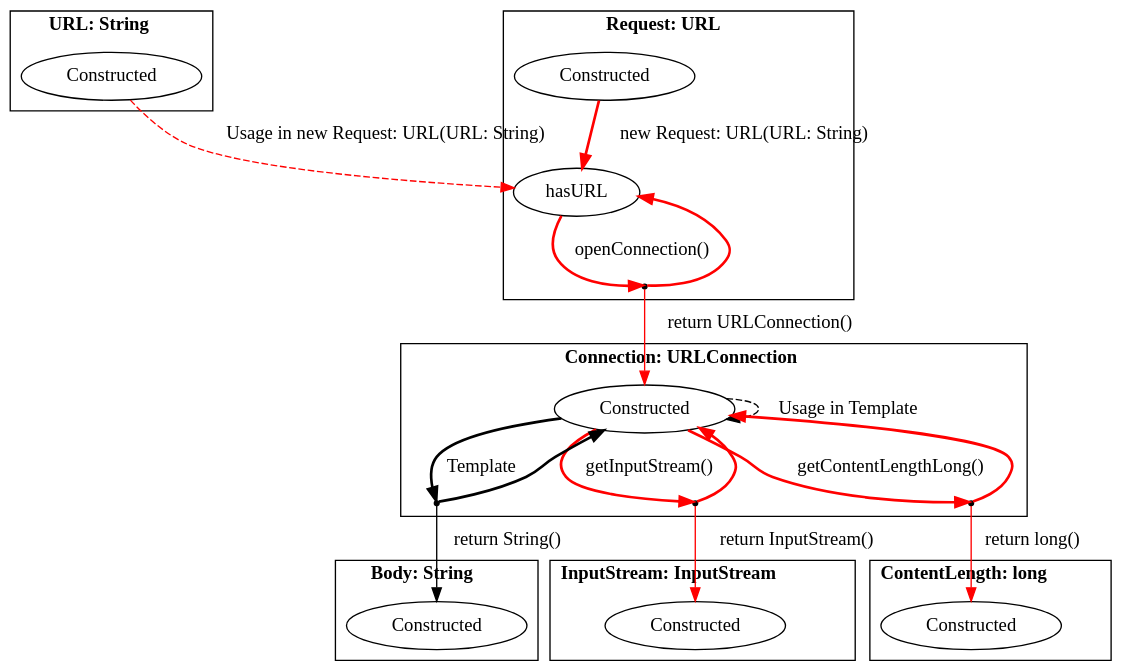
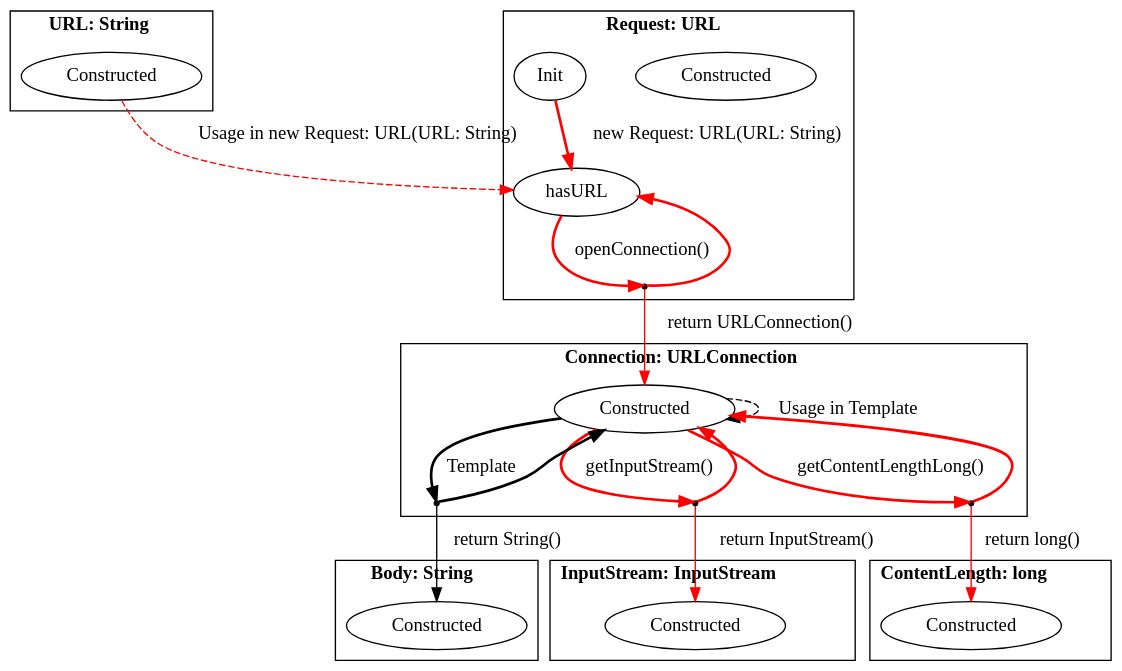
Before and after one commit to h31/LibraryMigration: the diagram in pictures/extracted_javaIf.dot, drawn with Graphviz. The commit also changed 9 other files, not shown here.

```diff
--- a/pictures/extracted_javaIf.dot
+++ b/pictures/extracted_javaIf.dot
@@ -1,47 +1,48 @@
 digraph G {
     bgcolor="transparent";
     subgraph cluster0 {
     label = <<B>URL: String</B>>;
         Constructed_URL [ label="Constructed" ];
     }
     subgraph cluster1 {
     label = <<B>Request: URL</B>>;
         Constructed_Request [ label="Constructed" ];
         hasURL_Request [ label="hasURL" ];
+        Init_Request [ label="Init" ];
         virtual0 [ shape = point ];
     }
     subgraph cluster2 {
     label = <<B>Connection: URLConnection</B>>;
         Constructed_Connection [ label="Constructed" ];
         virtual1 [ shape = point ];
         virtual2 [ shape = point ];
         virtual3 [ shape = point ];
     }
     subgraph cluster3 {
     label = <<B>Body: String</B>>;
         Constructed_Body [ label="Constructed" ];
     }
     subgraph cluster4 {
     label = <<B>InputStream: InputStream</B>>;
         Constructed_InputStream [ label="Constructed" ];
     }
     subgraph cluster5 {
     label = <<B>ContentLength: long</B>>;
         Constructed_ContentLength [ label="Constructed" ];
     }
         Constructed_URL -> hasURL_Request [ label="Usage in new Request: URL(URL: String)", style = "dashed" , color = red ];
-        Constructed_Request -> hasURL_Request [ label="new Request: URL(URL: String)", style = "bold" , color = red ];
+        Init_Request -> hasURL_Request [ label="new Request: URL(URL: String)", style = "bold" , color = red ];
         hasURL_Request -> virtual0 [ style = "bold" label="openConnection()" , color = red ];
         virtual0 -> hasURL_Request [ style = "bold" , color = red ];
         virtual0 -> Constructed_Connection [ label="return URLConnection()" , color = red ];
         Constructed_Connection -> virtual1 [ style = "bold" label="Template"  ];
         virtual1 -> Constructed_Connection [ style = "bold"  ];
         virtual1 -> Constructed_Body [ label="return String()"  ];
         Constructed_Connection -> Constructed_Connection [ label="Usage in Template", style = "dashed"  ];
         Constructed_Connection -> virtual2 [ style = "bold" label="getInputStream()" , color = red ];
         virtual2 -> Constructed_Connection [ style = "bold" , color = red ];
         virtual2 -> Constructed_InputStream [ label="return InputStream()" , color = red ];
         Constructed_Connection -> virtual3 [ style = "bold" label="getContentLengthLong()" , color = red ];
         virtual3 -> Constructed_Connection [ style = "bold" , color = red ];
         virtual3 -> Constructed_ContentLength [ label="return long()" , color = red ];
 }
```
